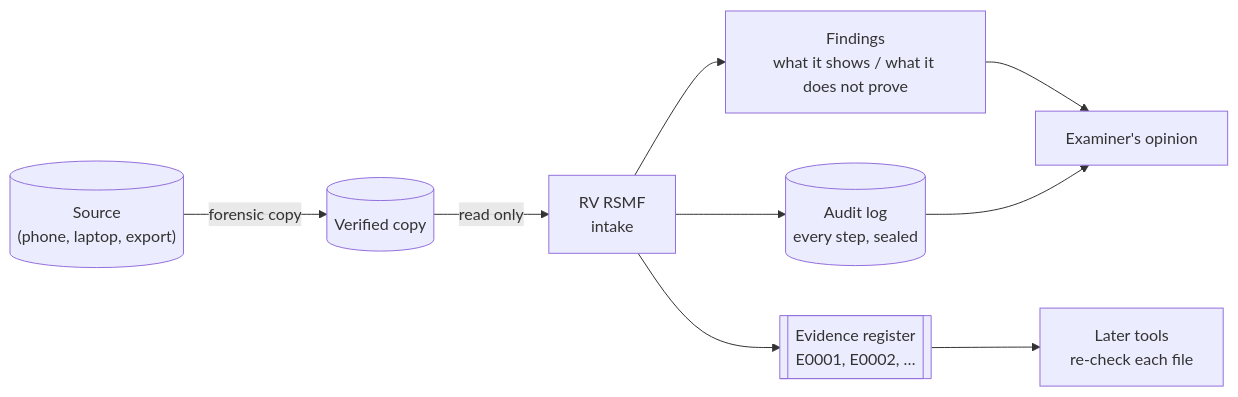
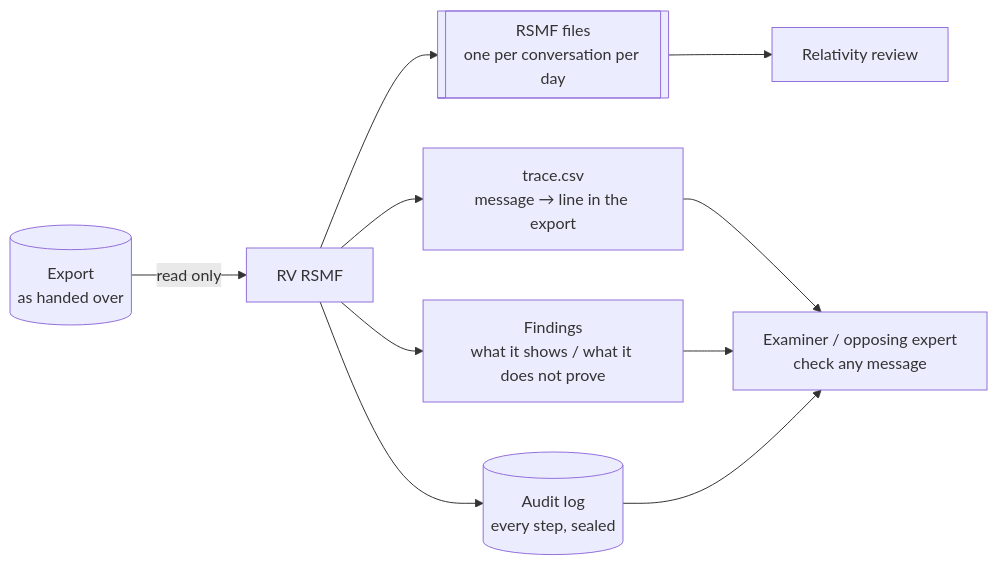
Before and after one commit to Panacota96/rv-rsmf: the first of 13 diagrams in docs/theory.md, drawn with Mermaid. The commit also changed other lines of this file and 12 other files, not shown here.

````diff
--- a/docs/theory.md
+++ b/docs/theory.md
@@ -69,11 +66,12 @@
 ```mermaid
 flowchart LR
-    S[("Source<br/>(phone, laptop, export)")] -->|forensic copy| C[("Verified copy")]
-    C -->|read only| T["RV RSMF<br/>intake"]
+    X[("Export<br/>as handed over")] -->|read only| T["RV RSMF"]
+    T --> R[["RSMF files<br/>one per conversation per day"]]
+    T --> M["trace.csv<br/>message → line in the export"]
     T --> F["Findings<br/>what it shows / what it does not prove"]
-    T --> R[["Evidence register<br/>E0001, E0002, …"]]
     T --> L[("Audit log<br/>every step, sealed")]
-    R --> A["Later tools<br/>re-check each file"]
-    F --> E["Examiner's opinion"]
+    R --> V["Relativity review"]
+    M --> E["Examiner / opposing expert<br/>check any message"]
+    F --> E
     L --> E
 ```
````
